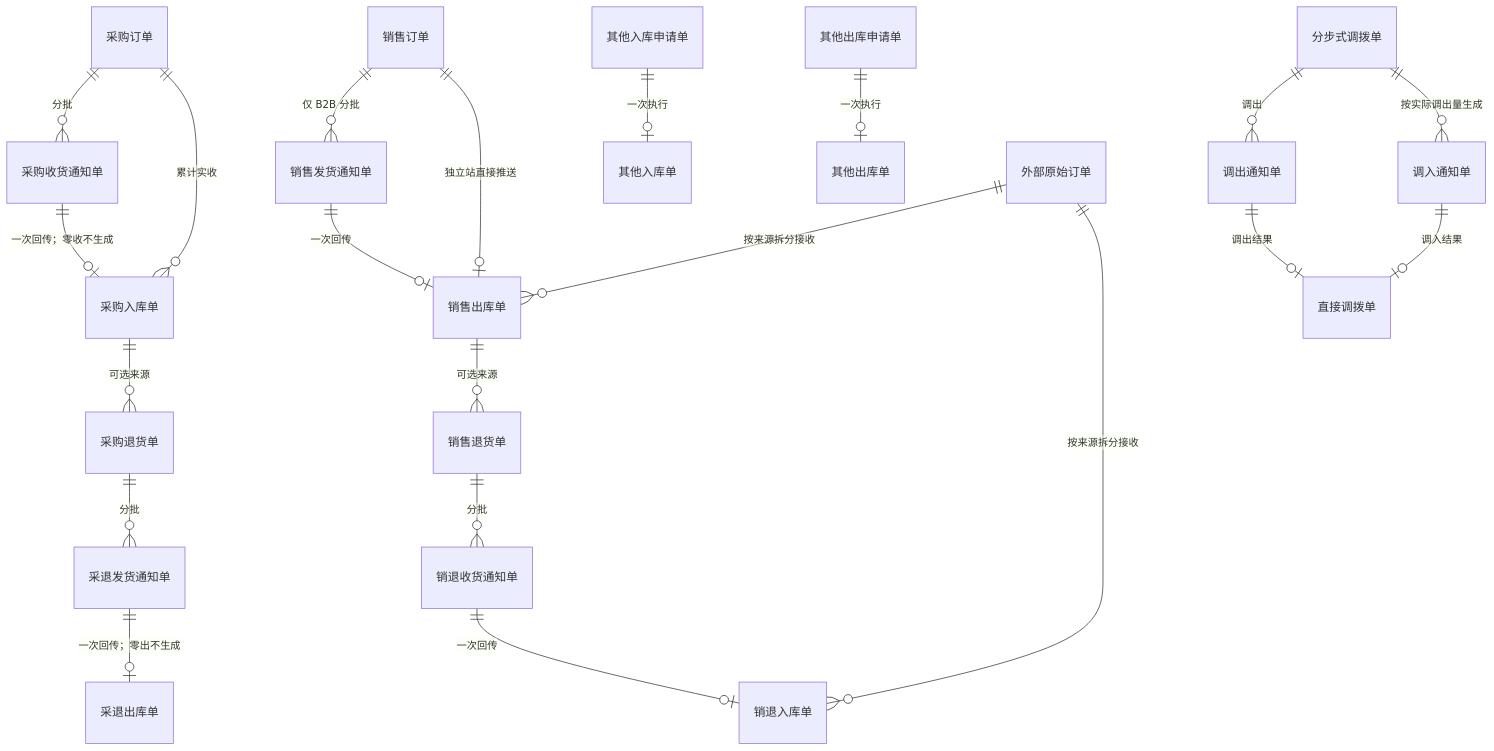
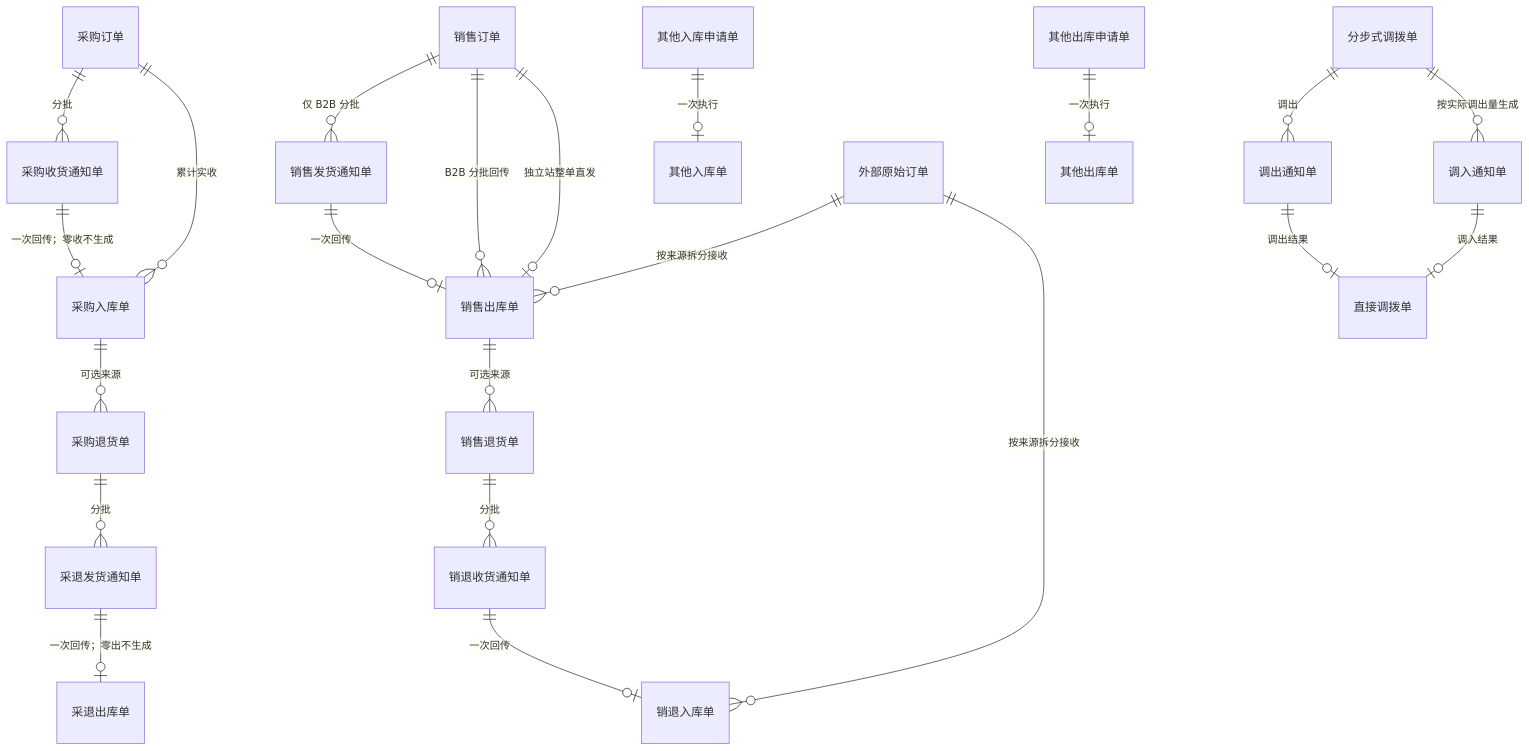
One commit to TopVitamin/QS-ERP-Project changed the second of 2 diagrams in 04-产品设计方案/20260812-ERP项目第一版框架搭建/系统架构和流程/02-实体对象关系.md. Above: the diagram before and after it, drawn with Mermaid. The commit also changed other lines of this file and 317 other files, not shown here.

````diff
--- a/04-产品设计方案/20260812-ERP项目第一版框架搭建/系统架构和流程/02-实体对象关系.md
+++ b/04-产品设计方案/20260812-ERP项目第一版框架搭建/系统架构和流程/02-实体对象关系.md
@@ -52,23 +54,24 @@
 ```mermaid
 erDiagram
     采购订单 ||--o{ 采购收货通知单 : "分批"
     采购收货通知单 ||--o| 采购入库单 : "一次回传；零收不生成"
     采购订单 ||--o{ 采购入库单 : "累计实收"
     采购入库单 ||--o{ 采购退货单 : "可选来源"
     采购退货单 ||--o{ 采退发货通知单 : "分批"
     采退发货通知单 ||--o| 采退出库单 : "一次回传；零出不生成"
     销售订单 ||--o{ 销售发货通知单 : "仅 B2B 分批"
     销售发货通知单 ||--o| 销售出库单 : "一次回传"
-    销售订单 ||--o| 销售出库单 : "独立站直接推送"
+    销售订单 ||--o{ 销售出库单 : "B2B 分批回传"
+    销售订单 ||--o| 销售出库单 : "独立站整单直发"
     销售出库单 ||--o{ 销售退货单 : "可选来源"
     销售退货单 ||--o{ 销退收货通知单 : "分批"
     销退收货通知单 ||--o| 销退入库单 : "一次回传"
     分步式调拨单 ||--o{ 调出通知单 : "调出"
     调出通知单 ||--o| 直接调拨单 : "调出结果"
     分步式调拨单 ||--o{ 调入通知单 : "按实际调出量生成"
     调入通知单 ||--o| 直接调拨单 : "调入结果"
     其他入库申请单 ||--o| 其他入库单 : "一次执行"
     其他出库申请单 ||--o| 其他出库单 : "一次执行"
     外部原始订单 ||--o{ 销售出库单 : "按来源拆分接收"
     外部原始订单 ||--o{ 销退入库单 : "按来源拆分接收"
 ```
````
